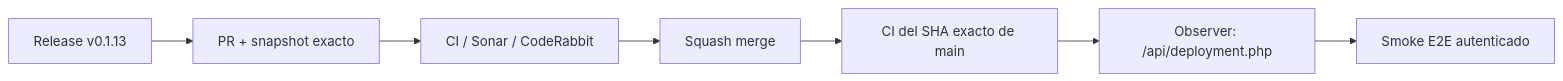
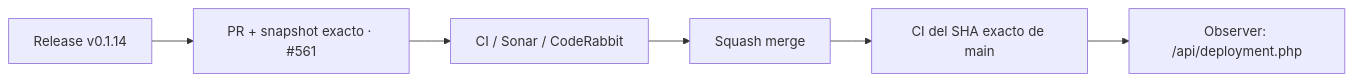
One commit to pl0n3r/brvtal changed the diagram in README.md. Above: the diagram before and after it, drawn with Mermaid. The commit also changed other lines of this file and 5 other files, not shown here.

````diff
--- a/README.md
+++ b/README.md
@@ -48,9 +48,8 @@
 ```mermaid
 flowchart LR
- A["Release v0.1.13"] --> P["PR + snapshot exacto"]
+ A["Release v0.1.14"] --> P["PR + snapshot exacto · #561"]
  P --> Q["CI / Sonar / CodeRabbit"]
  Q --> M["Squash merge"]
  M --> X["CI del SHA exacto de main"]
  X --> O["Observer: /api/deployment.php"]
- O --> S["Smoke E2E autenticado"]
 ```
````
